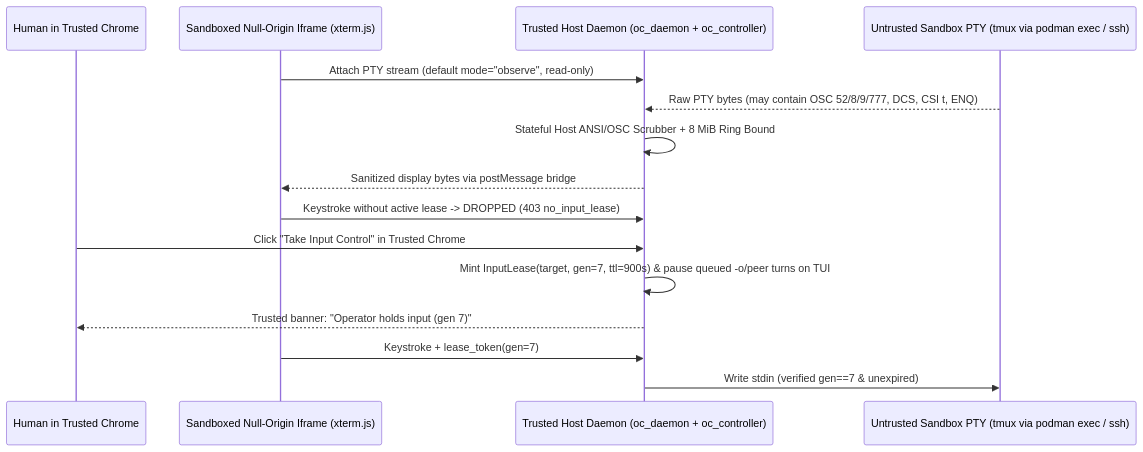
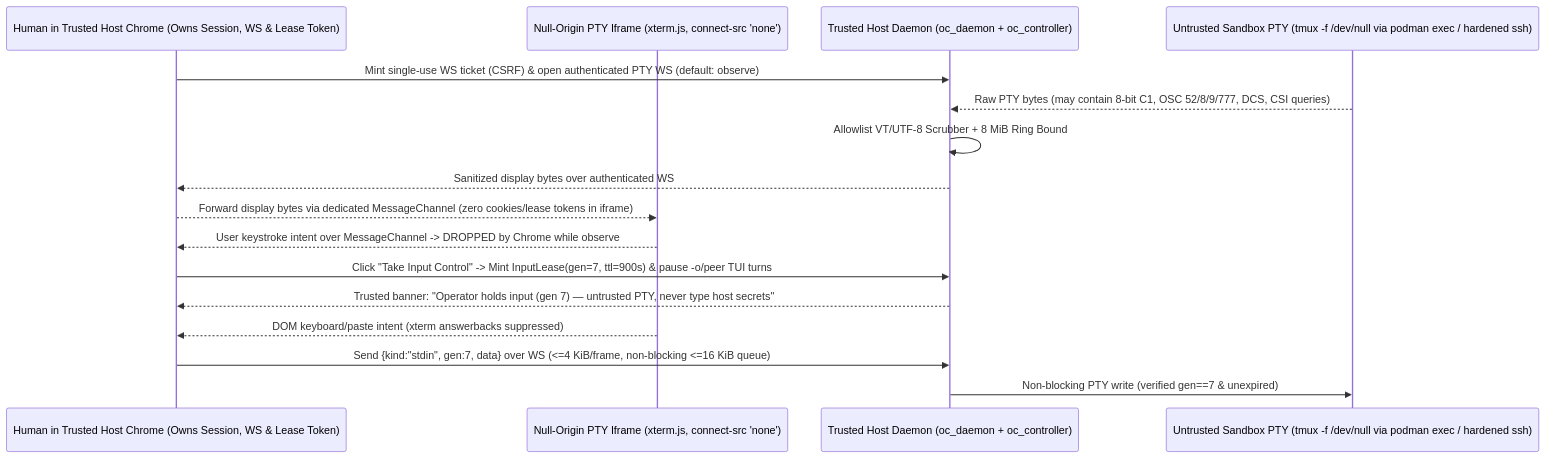
The diagram in docs/prds/prd_m3.md (gorban/opencode-sandbox), drawn with Mermaid before and after one commit. The commit also changed other lines of this file and 3 other files, not shown here.

````diff
--- a/docs/prds/prd_m3.md
+++ b/docs/prds/prd_m3.md
@@ -104,18 +124,19 @@
 ```mermaid
 sequenceDiagram
-    participant H as Human in Trusted Chrome
-    participant I as Sandboxed Null-Origin Iframe (xterm.js)
+    participant H as Human in Trusted Host Chrome (Owns Session, WS & Lease Token)
+    participant I as Null-Origin PTY Iframe (xterm.js, connect-src 'none')
     participant D as Trusted Host Daemon (oc_daemon + oc_controller)
-    participant S as Untrusted Sandbox PTY (tmux via podman exec / ssh)
+    participant S as Untrusted Sandbox PTY (tmux -f /dev/null via podman exec / hardened ssh)
 
-    I->>D: Attach PTY stream (default mode="observe", read-only)
-    S-->>D: Raw PTY bytes (may contain OSC 52/8/9/777, DCS, CSI t, ENQ)
-    D->>D: Stateful Host ANSI/OSC Scrubber + 8 MiB Ring Bound
-    D-->>I: Sanitized display bytes via postMessage bridge
-    I->>D: Keystroke without active lease -> DROPPED (403 no_input_lease)
-    H->>D: Click "Take Input Control" in Trusted Chrome
-    D->>D: Mint InputLease(target, gen=7, ttl=900s) & pause queued -o/peer turns on TUI
-    D-->>H: Trusted banner: "Operator holds input (gen 7)"
-    I->>D: Keystroke + lease_token(gen=7)
-    D->>S: Write stdin (verified gen==7 & unexpired)
+    H->>D: Mint single-use WS ticket (CSRF) & open authenticated PTY WS (default: observe)
+    S-->>D: Raw PTY bytes (may contain 8-bit C1, OSC 52/8/9/777, DCS, CSI queries)
+    D->>D: Allowlist VT/UTF-8 Scrubber + 8 MiB Ring Bound
+    D-->>H: Sanitized display bytes over authenticated WS
+    H-->>I: Forward display bytes via dedicated MessageChannel (zero cookies/lease tokens in iframe)
+    I-->>H: User keystroke intent over MessageChannel -> DROPPED by Chrome while observe
+    H->>D: Click "Take Input Control" -> Mint InputLease(gen=7, ttl=900s) & pause -o/peer TUI turns
+    D-->>H: Trusted banner: "Operator holds input (gen 7) — untrusted PTY, never type host secrets"
+    I-->>H: DOM keyboard/paste intent (xterm answerbacks suppressed)
+    H->>D: Send {kind:"stdin", gen:7, data} over WS (<=4 KiB/frame, non-blocking <=16 KiB queue)
+    D->>S: Non-blocking PTY write (verified gen==7 & unexpired)
 ```
````
